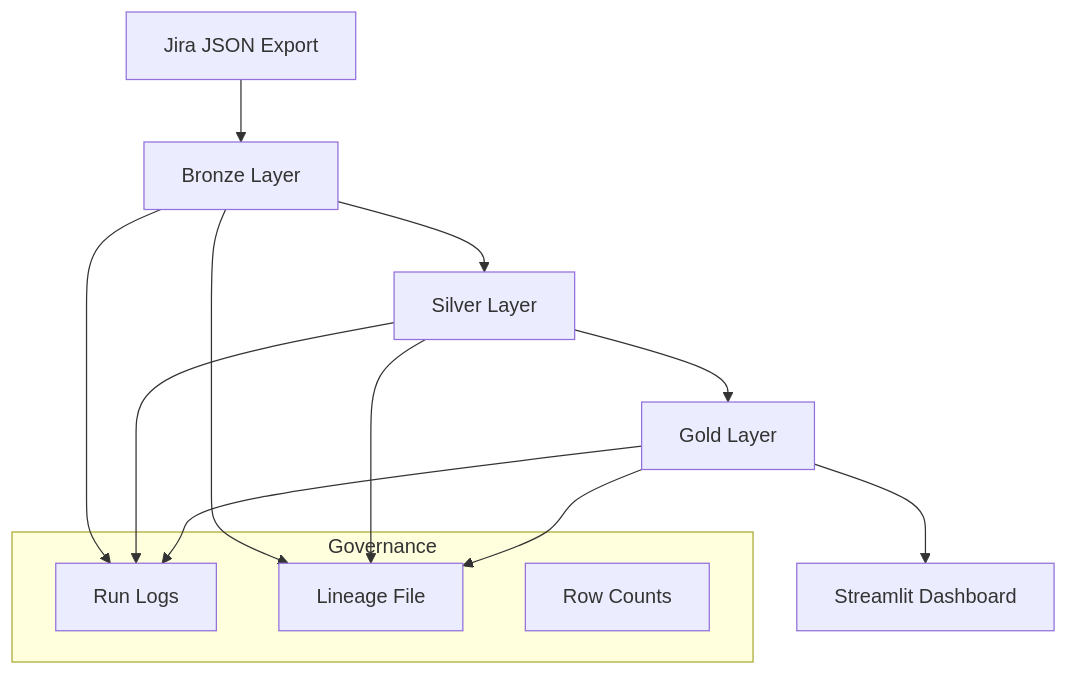
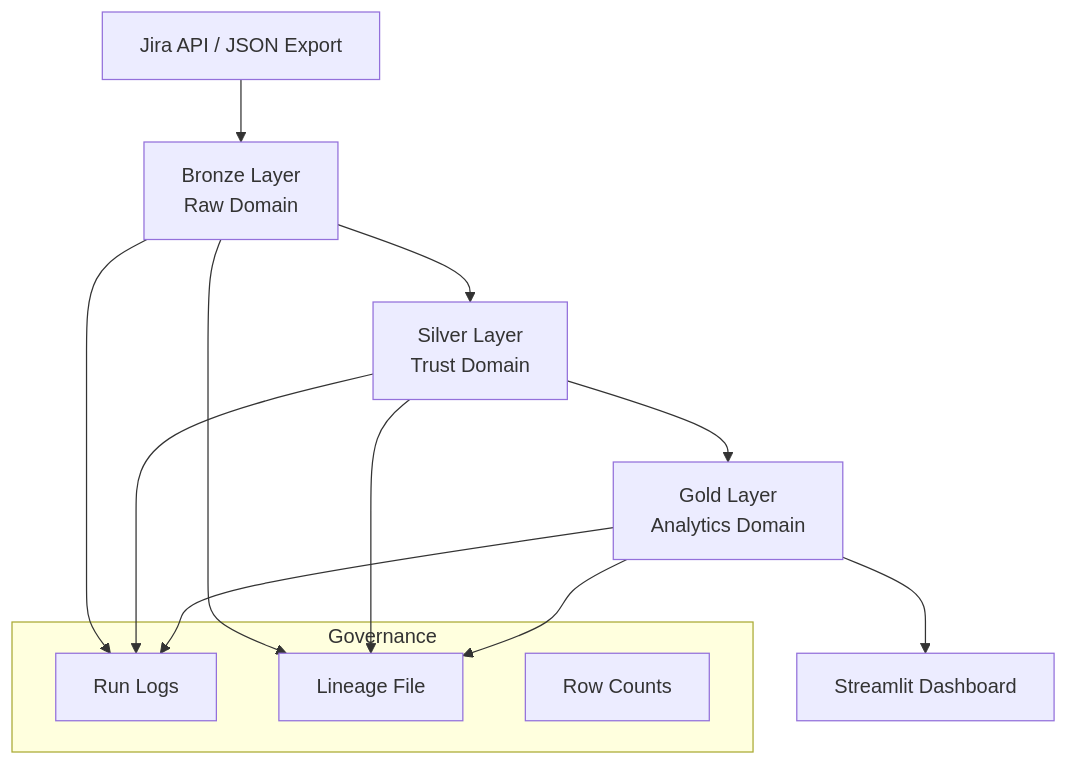
One commit to brmsouza/jira-sla-pipeline changed the diagram in README.md. Above: the diagram before and after it, drawn with Mermaid. The commit also changed other lines of this file, not shown here.

````diff
--- a/README.md
+++ b/README.md
@@ -174,20 +171,22 @@
 ```mermaid
 flowchart TD
-A[Jira JSON Export] --> B[Bronze Layer]
-B --> C[Silver Layer]
-C --> D[Gold Layer]
+
+A[Jira API / JSON Export] --> B[Bronze Layer<br>Raw Domain]
+B --> C[Silver Layer<br>Trust Domain]
+C --> D[Gold Layer<br>Analytics Domain]
 D --> E[Streamlit Dashboard]
 
 subgraph Governance
 F[Run Logs]
 G[Lineage File]
 H[Row Counts]
 end
 
 B --> F
 C --> F
 D --> F
+
 B --> G
 C --> G
 D --> G
 ```
````
